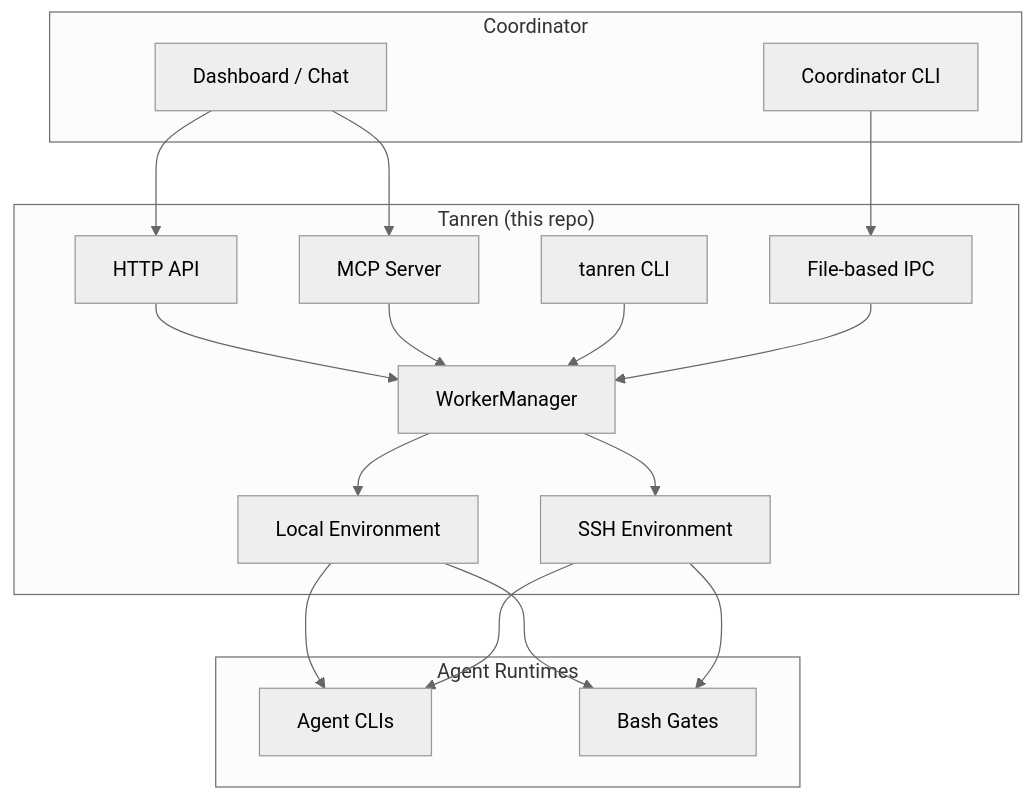
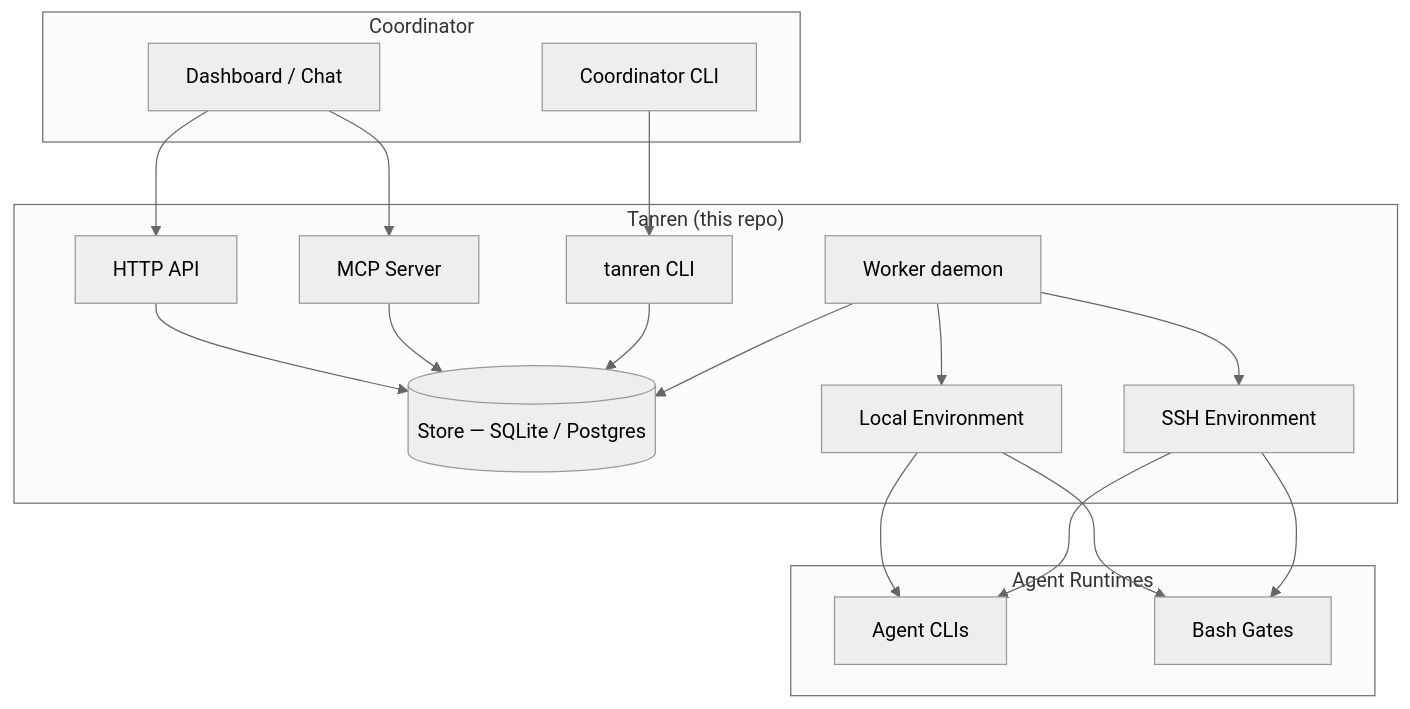
Before and after one commit to trevorWieland/tanren: the diagram in README.md, drawn with Mermaid (neutral theme). The commit also changed other lines of this file and 13 other files, not shown here.

Commit message:
docs: update architecture docs to V2 event-sourced queue model (#39)

````diff
--- a/README.md
+++ b/README.md
@@ -23,41 +23,43 @@
 ```mermaid
 graph TD
     subgraph Coordinator
         DASH[Dashboard / Chat]
         COORD[Coordinator CLI]
     end
 
     subgraph "Tanren &lpar;this repo&rpar;"
         API[HTTP API]
         MCP[MCP Server]
         CLI[tanren CLI]
-        IPC[File-based IPC]
 
-        WM[WorkerManager]
+        STORE[(Store — SQLite / Postgres)]
+
+        WORKER[Worker daemon]
 
         LOCAL[Local Environment]
         SSH[SSH Environment]
     end
 
     subgraph Agent Runtimes
         AGENT_CLI[Agent CLIs]
         GATES[Bash Gates]
     end
 
     DASH --> API
     DASH --> MCP
-    COORD --> IPC
+    COORD --> CLI
 
-    API --> WM
-    MCP --> WM
-    CLI --> WM
-    IPC --> WM
+    API --> STORE
+    MCP --> STORE
+    CLI --> STORE
 
-    WM --> LOCAL
-    WM --> SSH
+    WORKER --> STORE
+
+    WORKER --> LOCAL
+    WORKER --> SSH
 
     LOCAL --> AGENT_CLI
     LOCAL --> GATES
     SSH --> AGENT_CLI
     SSH --> GATES
 ```
````
